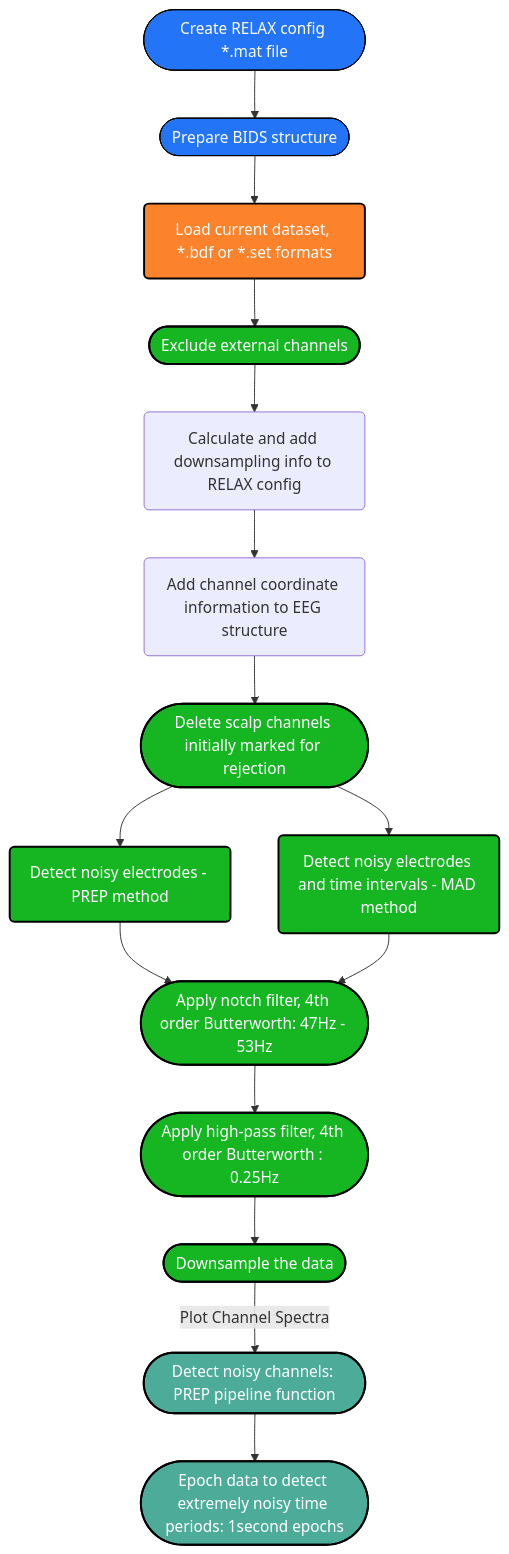
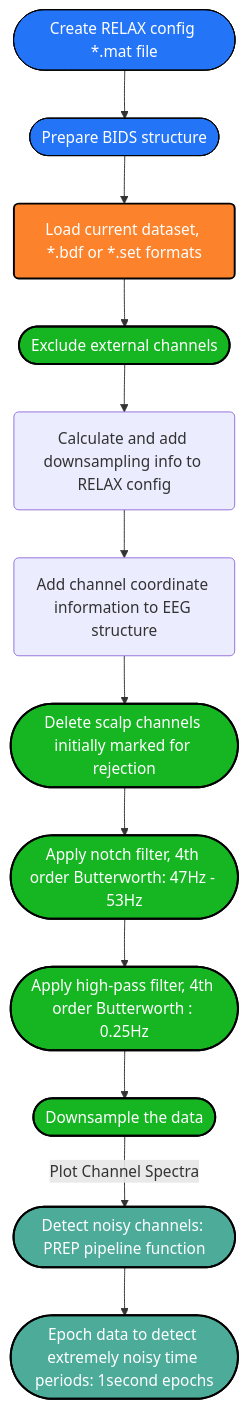
One commit to deebeebolger/Project_CeLaVie changed the diagram in Pipeline_Datafow_Chart.md. Above: the diagram before and after it, drawn with Mermaid.

````diff
--- a/Pipeline_Datafow_Chart.md
+++ b/Pipeline_Datafow_Chart.md
@@ -1,42 +1,37 @@
 ```mermaid
 flowchart TD
 %% Colors %%
 
 classDef blue fill:#2374f7, stroke:#000, stroke-width: px, color:#fff
 classDef orange fill:#fc822b,stroke:#000,stroke-width:2px,color:#fff
 classDef green fill:#16b522,stroke:#000,stroke-width:2px,color:#fff
 classDef mintgreen fill:#4DAB9A,stroke:#000,stroke-width:2px,color:#fff
 classDef mandarine fill:#FFA344,stroke:#000,stroke-width:2px,color:#fff
 classDef aubergine fill:#9A6DD7,stroke:#000,stroke-width:2px,color:#fff
 classDef red fill:#D44C47,stroke:#000,stroke-width:2px,color:#fff
 classDef grey fill:#979A9B,stroke:#000,stroke-width:2px,color:#fff
 
 
 Config([Create RELAX config *.mat file]):::blue -->
 BIDS([Prepare BIDS structure]):::blue
 click Config "https://github.com/deebeebolger/Project_CeLaVie/blob/main/DataflowChart_pages/Create_RELAX_conf_file.md" "Link"
 click BIDS "https://github.com/deebeebolger/Project_CeLaVie/blob/main/DataflowChart_pages/BIDS_structure.md" "Link"
 BIDS --> Ld(Load current dataset, *.bdf or *.set formats):::orange
 --> EXRej([Exclude external channels]):::green
 click EXRej "https://github.com/deebeebolger/Project_CeLaVie/blob/main/DataflowChart_pages/Exclude_external_chans.md" _blank
 EXRej --> AddRS(Calculate and add downsampling info to RELAX config)
 click AddRS "https://github.com/deebeebolger/Project_CeLaVie/blob/main/DataflowChart_pages/Downsampling.md" "Link"
 AddRS --> AddChan(Add channel coordinate information to EEG structure)
 click AddChan "https://github.com/deebeebolger/Project_CeLaVie/blob/main/DataflowChart_pages/Add_Channels_coordinates.md" "Link"
 AddChan --> ScalpRej([Delete scalp channels initially marked for rejection]):::green
-ScalpRej --> BadChanDetect(Detect noisy electrodes - PREP method):::green
-ScalpRej --> BadChanTimeDetect(Detect noisy electrodes and time intervals - MAD method):::green
-click BadChanDetect "https://github.com/deebeebolger/Project_CeLaVie/blob/main/DataflowChart_pages/BadChannelDetect_PREP.md" "Link"
-click BadChanTimeDetect "https://github.com/deebeebolger/Project_CeLaVie/blob/main/DataflowChart_pages/Bad_ChannelTime_Detect_MAD.md" "Link"
-BadChanDetect --> Notch([Apply notch filter, 4th order Butterworth: 47Hz - 53Hz]):::green
-BadChanTimeDetect --> Notch([Apply notch filter, 4th order Butterworth: 47Hz - 53Hz]):::green
-click Notch "https://github.com/deebeebolger/Project_CeLaVie/blob/main/DataflowChart_pages/Filtering.md" "Link"
+ScalpRej --> Notch([Apply notch filter, 4th order Butterworth: 47Hz - 53Hz]):::green
 Notch --> HPfilt([Apply high-pass filter, 4th order Butterworth : 0.25Hz]):::green
 HPfilt --> RSamp([Downsample the data]):::green
+click Notch "https://github.com/deebeebolger/Project_CeLaVie/blob/main/DataflowChart_pages/Filtering.md" "Link"
 click HPfilt "https://github.com/deebeebolger/Project_CeLaVie/blob/main/DataflowChart_pages/Filtering.md" "Link"
 RSamp -->|Plot Channel Spectra|Prep([Detect noisy channels: PREP pipeline function]):::mintgreen
 Prep --> EpClean([Epoch data to detect extremely noisy time periods: 1second epochs]):::mintgreen
 click Prep "https://github.com/deebeebolger/Project_CeLaVie/blob/main/DataflowChart_pages/BadChannelDetect_PREP.md" "Link"
 click EpClean "https://github.com/deebeebolger/Project_CeLaVie/blob/main/DataflowChart_pages/Bad_ChannelTime_Detect_MAD.md" "Link"
 
 ```
````
